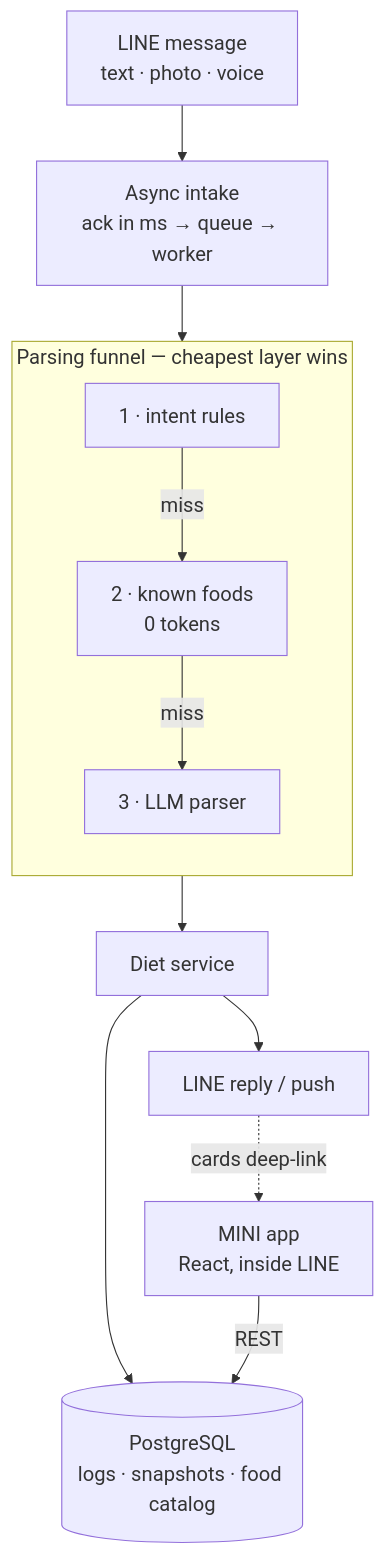
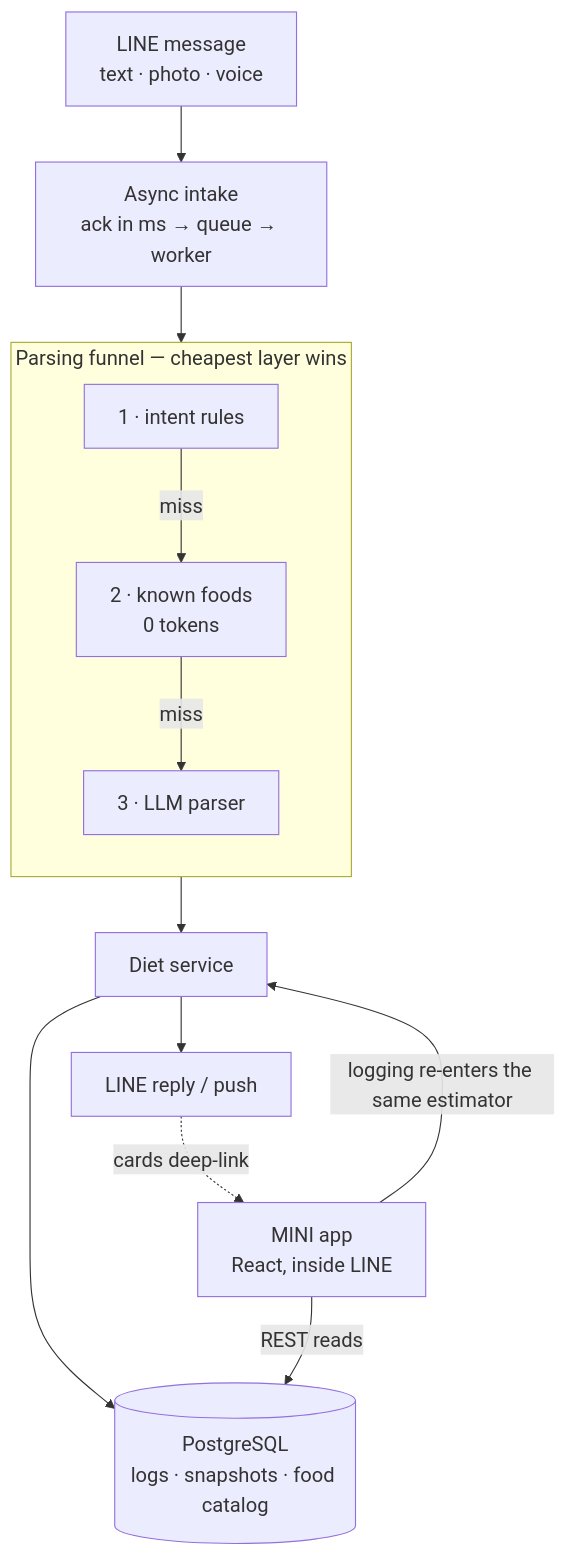
Before and after one commit to jeffery12697/fitneko-case-study: the diagram in README.md, drawn with Mermaid. The commit also changed other lines of this file, not shown here.

Commit message:
README: catalog search capability, static-analysis practices, refreshed stats, LIFF write path in diagram

````diff
--- a/README.md
+++ b/README.md
@@ -38,17 +38,18 @@
 ```mermaid
 %%{init: {"themeVariables": {"fontSize": "18px"}}}%%
 flowchart TD
     LINE[LINE message<br/>text · photo · voice] --> IN[Async intake<br/>ack in ms → queue → worker]
     IN --> RP
 
     subgraph FUNNEL [Parsing funnel — cheapest layer wins]
         direction TB
         RP["1 · intent rules"] -- miss --> KF["2 · known foods<br/>0 tokens"] -- miss --> LLM["3 · LLM parser"]
     end
 
     FUNNEL --> SVC[Diet service]
     SVC --> PG[(PostgreSQL<br/>logs · snapshots · food catalog)]
     SVC --> REPLY[LINE reply / push]
     REPLY -. cards deep-link .-> LIFF[MINI app<br/>React, inside LINE]
-    LIFF -- REST --> PG
+    LIFF -- REST reads --> PG
+    LIFF -- "logging re-enters the same estimator" --> SVC
 ```
````
